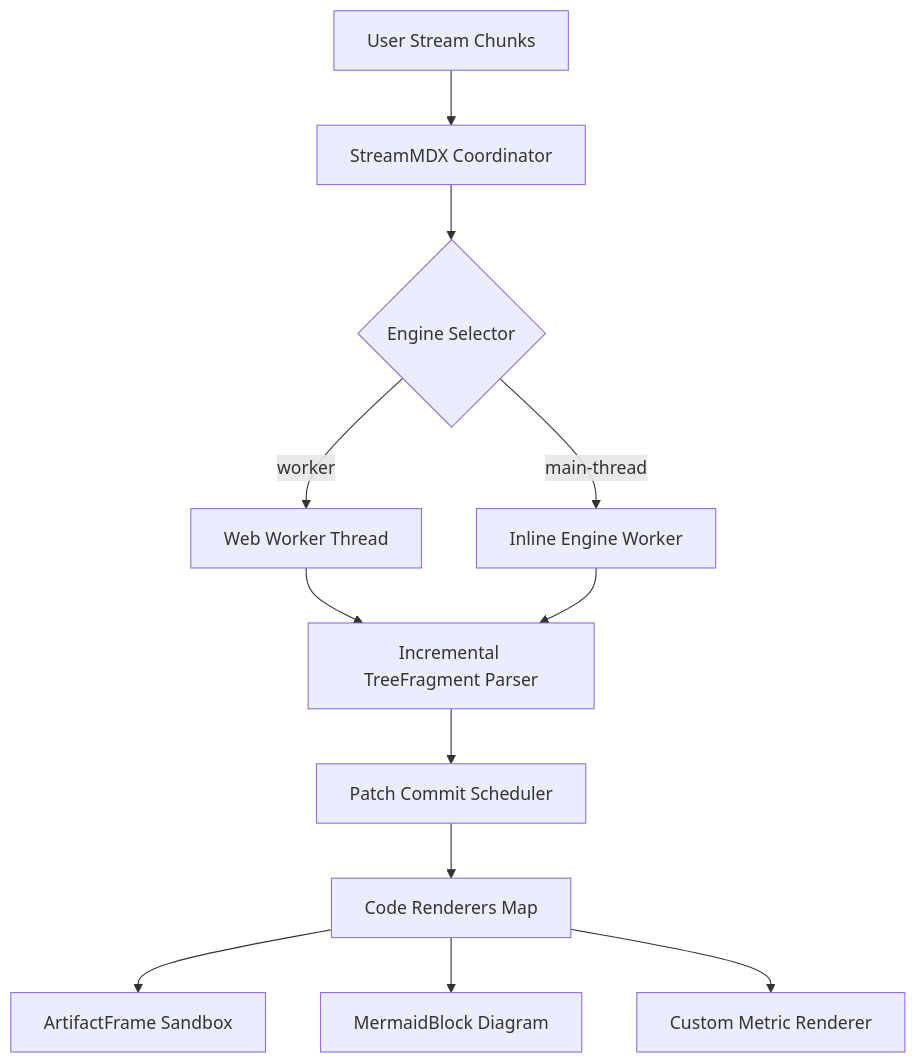
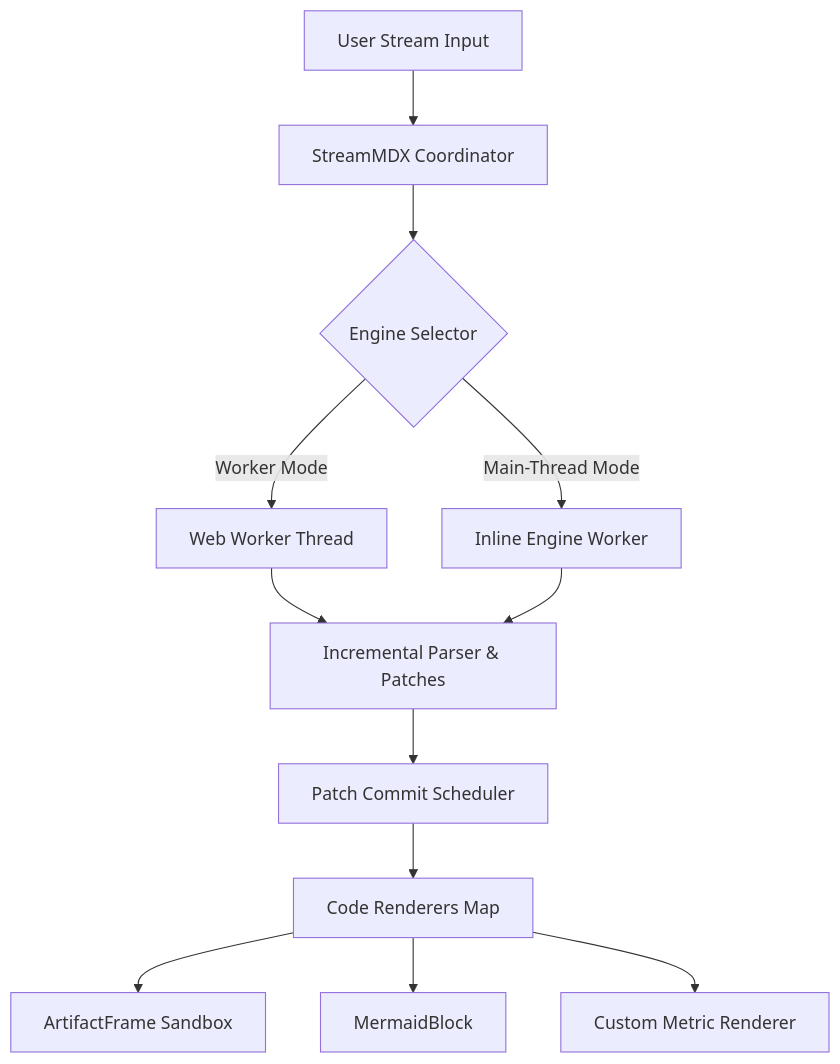
One commit to kmccleary3301/stream-mdx changed the diagram in apps/docs/content/showcase/assistant-stream.md. Above: the diagram before and after it, drawn with Mermaid. The commit also changed other lines of this file and 1 other file, not shown here.

````diff
--- a/apps/docs/content/showcase/assistant-stream.md
+++ b/apps/docs/content/showcase/assistant-stream.md
@@ -19,14 +23,14 @@
 ```mermaid
 graph TD
-  A[User Stream Chunks] --> B[StreamMDX Coordinator]
+  A[User Stream Input] --> B[StreamMDX Coordinator]
   B --> C{Engine Selector}
-  C -->|worker| D[Web Worker Thread]
-  C -->|main-thread| E[Inline Engine Worker]
-  D --> F[Incremental TreeFragment Parser]
+  C -->|Worker Mode| D[Web Worker Thread]
+  C -->|Main-Thread Mode| E[Inline Engine Worker]
+  D --> F[Incremental Parser & Patches]
   E --> F
   F --> G[Patch Commit Scheduler]
   G --> H[Code Renderers Map]
   H --> I[ArtifactFrame Sandbox]
-  H --> J[MermaidBlock Diagram]
+  H --> J[MermaidBlock]
   H --> K[Custom Metric Renderer]
 ```
````
